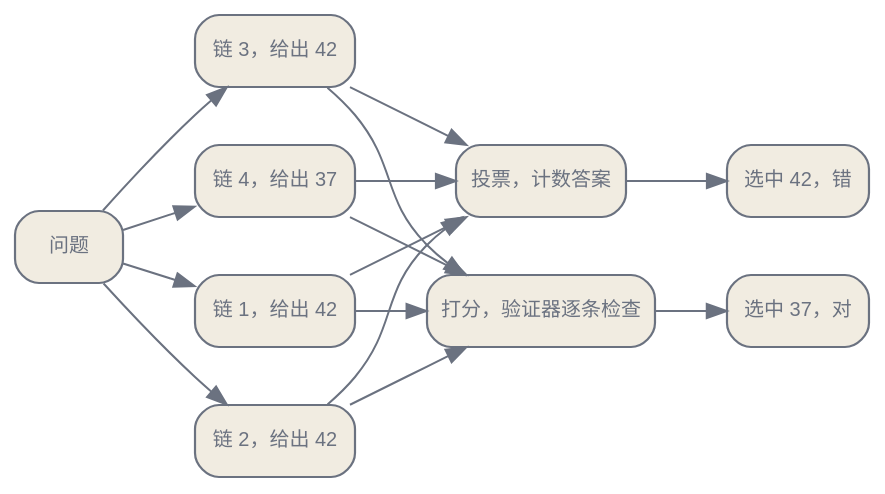
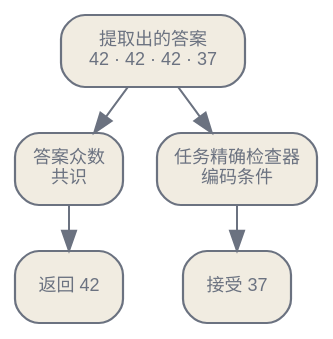
Before and after one commit to latere-ai/ai-as-an-infrastructure: the third of 3 diagrams in zh/reasoning/01-eliciting-reasoning.qmd, drawn with Graphviz. The commit also changed other lines of this file and 3 other files, not shown here.

````diff
--- a/zh/reasoning/01-eliciting-reasoning.qmd
+++ b/zh/reasoning/01-eliciting-reasoning.qmd
@@ -142,34 +207,20 @@
 ```{dot}
 //| label: fig-eliciting-reasoning-vote-vs-score
-//| fig-cap: "在同一批 n 个样本上的投票与打分。多数投票返回共识 42，是错的。验证器对照真值为每条链打分，选中到达 37 的少数派的链，是对的。"
+//| fig-cap: "共识与核查回答的是不同问题。在这个构造示例中，三个候选都回答 42，而针对任务的精确检查器接受了少数答案 37。习得评分器只会增加另一项估计，并不会提供真值。"
 digraph {
   bgcolor="transparent";
-  rankdir=LR;
-  nodesep=0.4; ranksep=0.5;
-  node [shape=box, style="rounded,filled", fontname="Helvetica", fontsize=10, color="#6b7280", fontcolor="#6b7280", fillcolor="#f1ece1", penwidth=1.1];
-  edge [fontsize=10, fontname="Helvetica", color="#6b7280", fontcolor="#6b7280"];
-  Q [label="问题"];
-  C1 [label="链 1，给出 42"];
-  C2 [label="链 2，给出 42"];
-  C3 [label="链 3，给出 42"];
-  C4 [label="链 4，给出 37"];
-  V [label="投票，计数答案"];
-  S [label="打分，验证器逐条检查"];
-  VA [label="选中 42，错"];
-  SA [label="选中 37，对"];
-  Q -> C1;
-  Q -> C2;
-  Q -> C3;
-  Q -> C4;
-  C1 -> V;
-  C2 -> V;
-  C3 -> V;
-  C4 -> V;
-  C1 -> S;
-  C2 -> S;
-  C3 -> S;
-  C4 -> S;
-  V -> VA;
-  S -> SA;
+  rankdir=TB;
+  nodesep=0.24; ranksep=0.32;
+  node [shape=box, style="rounded,filled", fontname="Helvetica", fontsize=9, color="#6b7280", fontcolor="#6b7280", fillcolor="#f1ece1", penwidth=1.1];
+  edge [fontsize=8.5, fontname="Helvetica", color="#6b7280", fontcolor="#6b7280"];
+
+  samples [label="提取出的答案\n42 · 42 · 42 · 37"];
+  mode [label="答案众数\n共识"];
+  check [label="任务精确检查器\n编码条件"];
+  modeout [label="返回 42"];
+  checkout [label="接受 37"];
+
+  samples -> mode -> modeout;
+  samples -> check -> checkout;
 }
 ```
````
